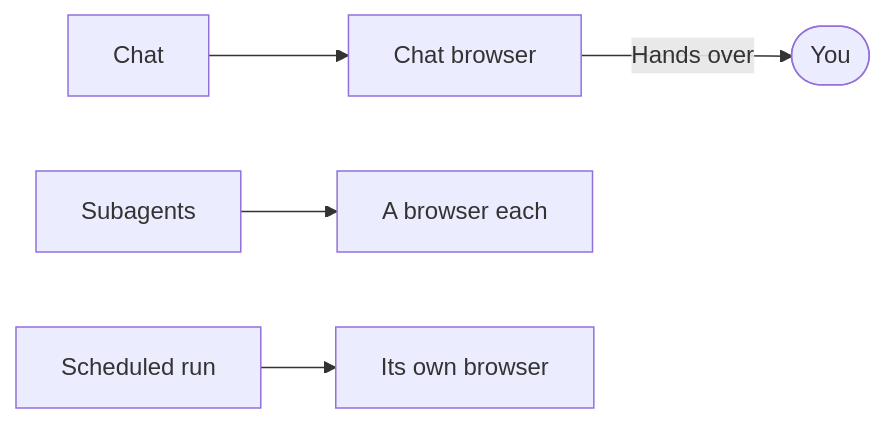
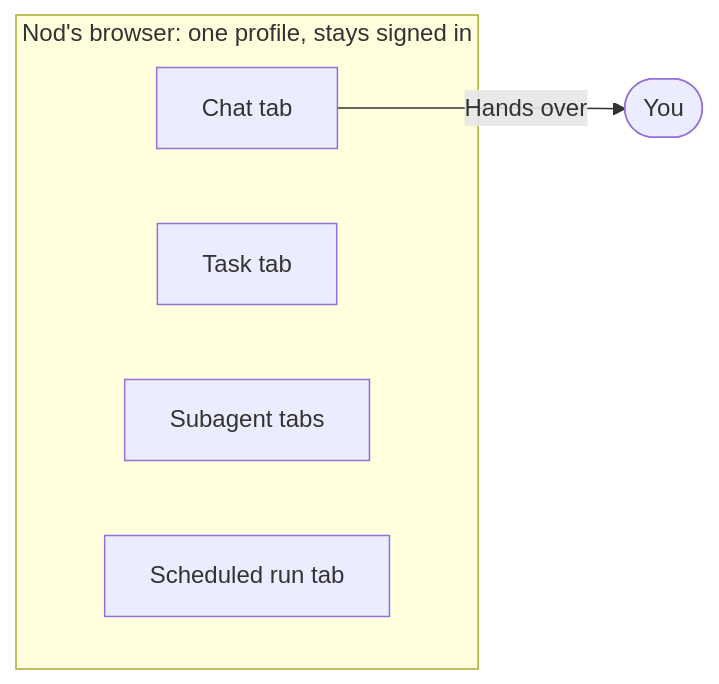
One commit to n8n-io/nod changed the diagram in docs/src/content/docs/use/browser.mdx. Above: the diagram before and after it, drawn with Mermaid. The commit also changed other lines of this file and 58 other files, not shown here.

First line of the commit message:
feat(browser)!: one browser with a tab for each session

````diff
--- a/docs/src/content/docs/use/browser.mdx
+++ b/docs/src/content/docs/use/browser.mdx
@@ -65,7 +65,10 @@
 ```mermaid
 flowchart LR
-  chat[Chat]:::accent --> b1[Chat browser]
-  sub[Subagents] --> b2[A browser each]
-  run[Scheduled run] --> b3[Its own browser]
-  b1 -- Hands over --> you([You]):::accent
+  subgraph browser[Nod's browser: one profile, stays signed in]
+    t1[Chat tab]
+    t2[Task tab]
+    t3[Subagent tabs]
+    t4[Scheduled run tab]
+  end
+  t1 -- Hands over --> you([You]):::accent
 ```
````
